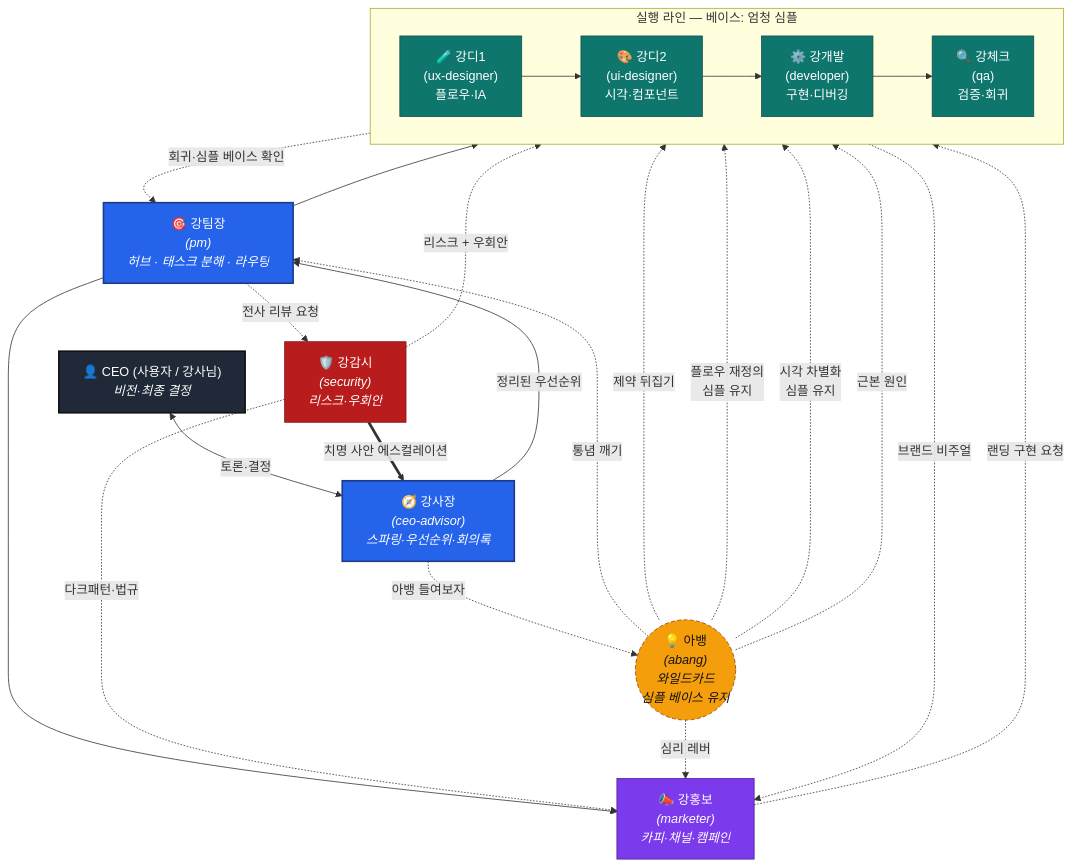
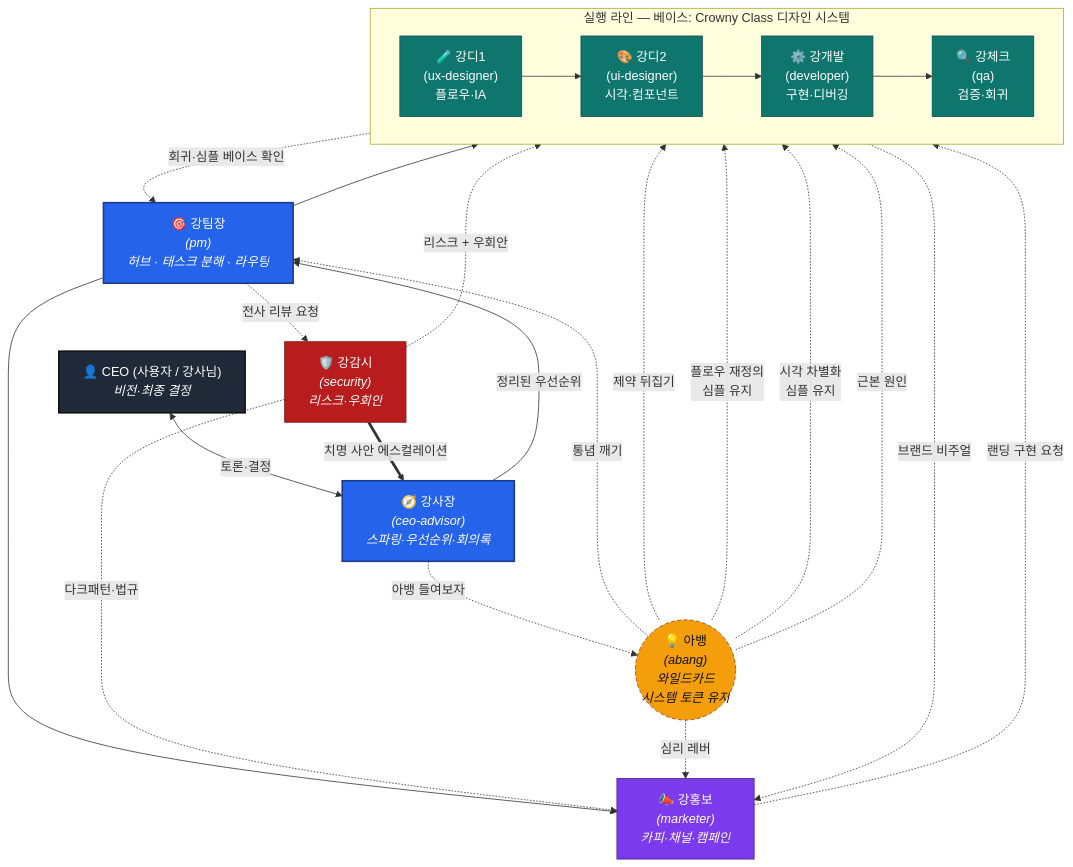
Before and after one commit to 1215kkm/Ai_Team: the first of 2 diagrams in docs/role-architecture.md, drawn with Mermaid. The commit also changed other lines of this file and 9 other files, not shown here.

````diff
--- a/docs/role-architecture.md
+++ b/docs/role-architecture.md
@@ -30,60 +30,60 @@
 ```mermaid
 flowchart TB
     CEO["👤 CEO (사용자 / 강사님)<br/><i>비전·최종 결정</i>"]
 
     BOSS["🧭 강사장<br/><i>(ceo-advisor)<br/>스파링·우선순위·회의록</i>"]
 
     PM["🎯 강팀장<br/><i>(pm)<br/>허브 · 태스크 분해 · 라우팅</i>"]
 
-    subgraph EXEC["실행 라인 — 베이스: 엄청 심플"]
+    subgraph EXEC["실행 라인 — 베이스: Crowny Class 디자인 시스템"]
         direction LR
         UX["🧪 강디1<br/>(ux-designer)<br/>플로우·IA"]
         UI["🎨 강디2<br/>(ui-designer)<br/>시각·컴포넌트"]
         DEV["⚙️ 강개발<br/>(developer)<br/>구현·디버깅"]
         QA["🔍 강체크<br/>(qa)<br/>검증·회귀"]
     end
 
     MKT["📣 강홍보<br/><i>(marketer)<br/>카피·채널·캠페인</i>"]
     SEC["🛡️ 강감시<br/><i>(security)<br/>리스크·우회안</i>"]
-    ABANG(("💡 아뱅<br/><i>(abang)<br/>와일드카드<br/>심플 베이스 유지</i>"))
+    ABANG(("💡 아뱅<br/><i>(abang)<br/>와일드카드<br/>시스템 토큰 유지</i>"))
 
     CEO <-->|토론·결정| BOSS
     BOSS -->|정리된 우선순위| PM
 
     PM --> UX
     UX --> UI
     UI --> DEV
     DEV --> QA
     QA -.회귀·심플 베이스 확인.-> PM
 
     PM --> MKT
     UI -.브랜드 비주얼.-> MKT
     MKT -.랜딩 구현 요청.-> DEV
 
     PM -.전사 리뷰 요청.-> SEC
     SEC -.리스크 + 우회안.-> DEV
     SEC -.다크패턴·법규.-> MKT
     SEC ==치명 사안 에스컬레이션==> BOSS
 
     ABANG -.통념 깨기.-> PM
     ABANG -.심리 레버.-> MKT
     ABANG -.제약 뒤집기.-> DEV
     ABANG -.플로우 재정의<br/>심플 유지.-> UX
     ABANG -.시각 차별화<br/>심플 유지.-> UI
     ABANG -.근본 원인.-> QA
     BOSS -.아뱅 들여보자.-> ABANG
 
     classDef ceo fill:#1f2937,stroke:#111,color:#fff,stroke-width:2px
     classDef hub fill:#2563eb,stroke:#1e3a8a,color:#fff,stroke-width:2px
     classDef exec fill:#0f766e,stroke:#134e4a,color:#fff
     classDef support fill:#7c3aed,stroke:#4c1d95,color:#fff
     classDef guard fill:#b91c1c,stroke:#7f1d1d,color:#fff
     classDef wild fill:#f59e0b,stroke:#92400e,color:#111,stroke-dasharray: 5 3
 
     class CEO ceo
     class BOSS,PM hub
     class UX,UI,DEV,QA exec
     class MKT support
     class SEC guard
     class ABANG wild
 ```
````
